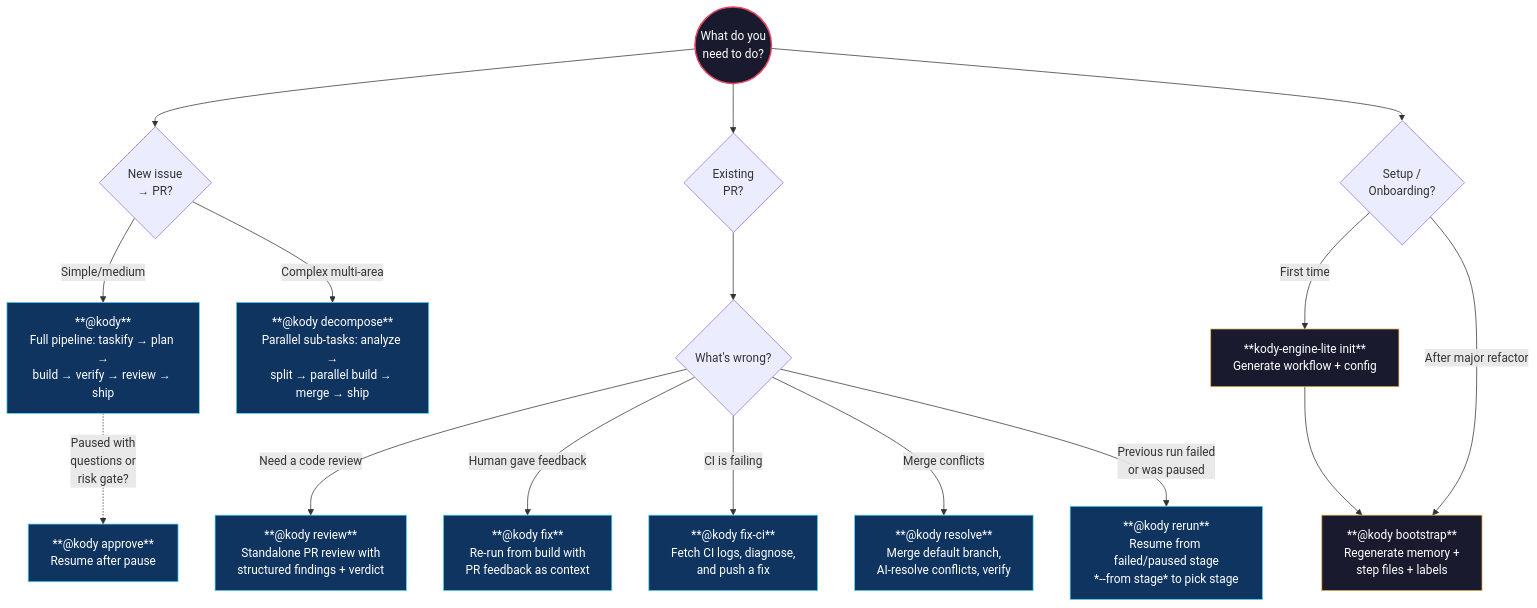
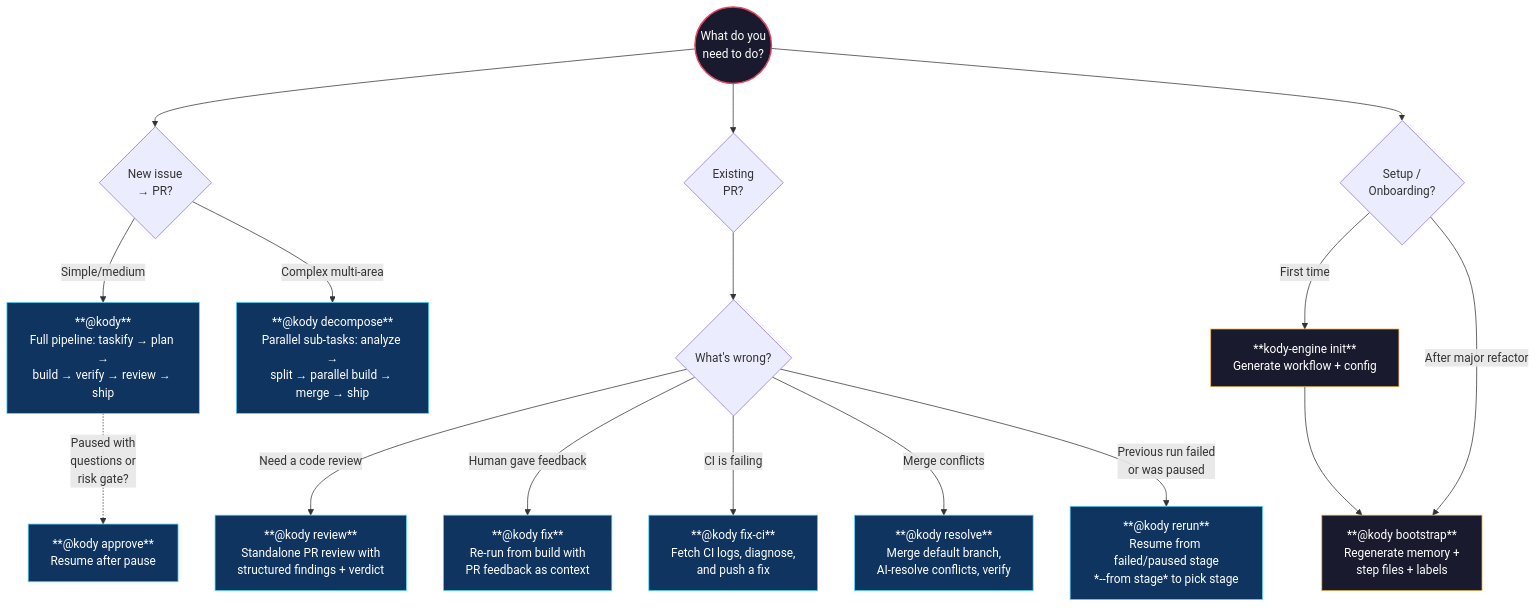
The first of 2 diagrams in README.md (aharonyaircohen/Kody-Engine-Lite), drawn with Mermaid before and after one commit. The commit also changed other lines of this file, not shown here.

First line of the commit message:
chore: rebrand README to Kody ADE

````diff
--- a/README.md
+++ b/README.md
@@ -120,29 +120,29 @@
 ```mermaid
 flowchart TD
     Start(("What do you\nneed to do?")):::start
 
     Start --> NewIssue{"New issue\n→ PR?"}
     Start --> ExistingPR{"Existing\nPR?"}
     Start --> Setup{"Setup /\nOnboarding?"}
 
     NewIssue -->|"Simple/medium"| Kody["**@kody**\nFull pipeline: taskify → plan →\nbuild → verify → review → ship"]:::cmd
     NewIssue -->|"Complex multi-area"| Decompose["**@kody decompose**\nParallel sub-tasks: analyze →\nsplit → parallel build → merge → ship"]:::cmd
 
     ExistingPR --> PRWhat{"What's wrong?"}
 
     PRWhat -->|"Need a code review"| Review["**@kody review**\nStandalone PR review with\nstructured findings + verdict"]:::cmd
     PRWhat -->|"Human gave feedback"| Fix["**@kody fix**\nRe-run from build with\nPR feedback as context"]:::cmd
     PRWhat -->|"CI is failing"| FixCI["**@kody fix-ci**\nFetch CI logs, diagnose,\nand push a fix"]:::cmd
     PRWhat -->|"Merge conflicts"| Resolve["**@kody resolve**\nMerge default branch,\nAI-resolve conflicts, verify"]:::cmd
     PRWhat -->|"Previous run failed\nor was paused"| Rerun["**@kody rerun**\nResume from failed/paused stage\n*--from stage* to pick stage"]:::cmd
 
-    Setup -->|"First time"| Init["**kody-engine-lite init**\nGenerate workflow + config"]:::setup
+    Setup -->|"First time"| Init["**kody-engine init**\nGenerate workflow + config"]:::setup
     Init --> Bootstrap
     Setup -->|"After major refactor"| Bootstrap["**@kody bootstrap**\nRegenerate memory +\nstep files + labels"]:::setup
 
     Kody -.->|"Paused with\nquestions or\nrisk gate?"| Approve["**@kody approve**\nResume after pause"]:::cmd
 
     classDef start fill:#1a1a2e,stroke:#e94560,color:#fff,stroke-width:2px
     classDef cmd fill:#0f3460,stroke:#53d8fb,color:#fff,stroke-width:1px
     classDef setup fill:#1a1a2e,stroke:#e9b44c,color:#fff,stroke-width:1px
 ```
````
